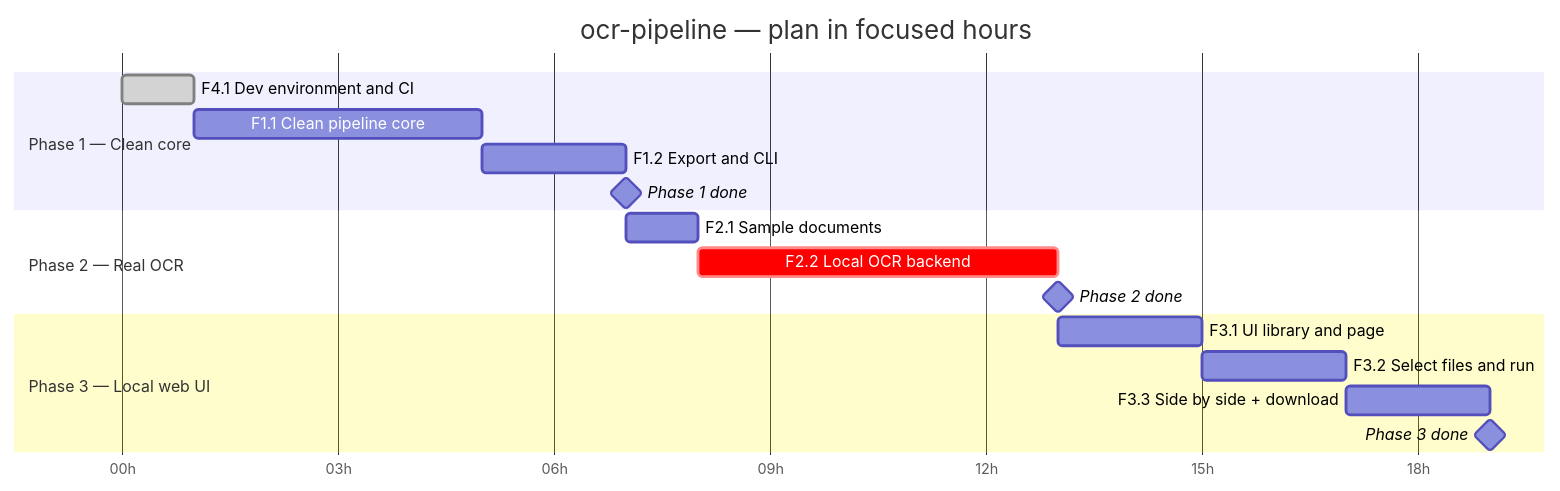
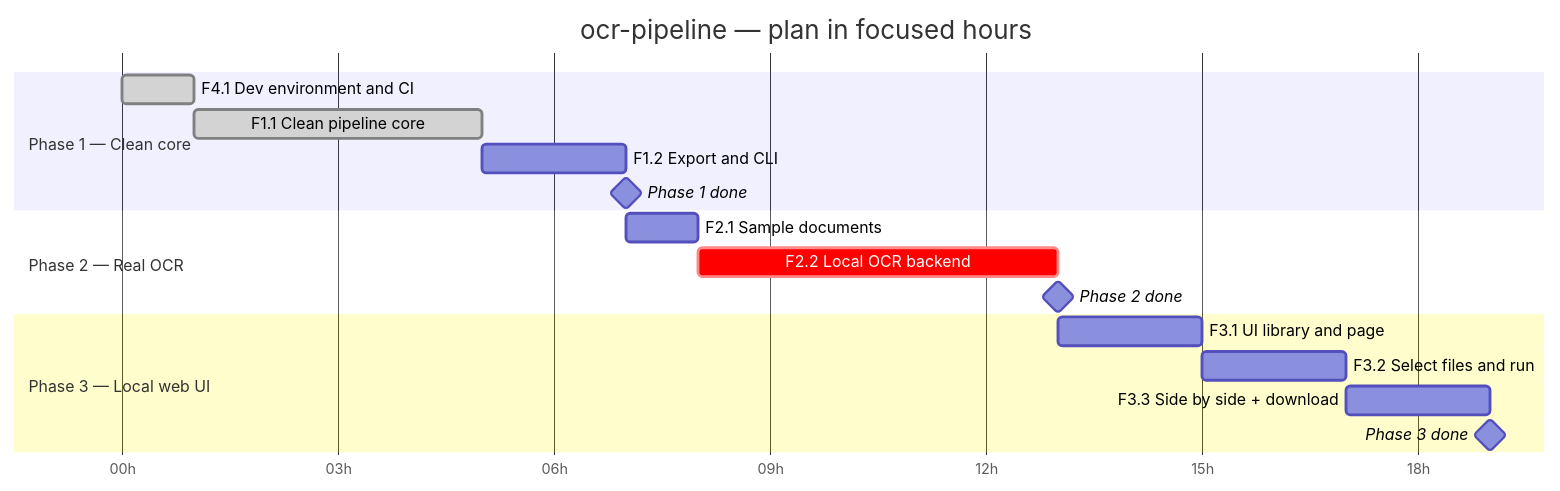
The diagram in docs/04-project-plan.md (flegaspi700/ocr-pipeline), drawn with Mermaid before and after one commit. The commit also changed other lines of this file and 7 other files, not shown here.

````diff
--- a/docs/04-project-plan.md
+++ b/docs/04-project-plan.md
@@ -143,23 +143,23 @@
 ```mermaid
 gantt
     title ocr-pipeline — plan in focused hours
     dateFormat YYYY-MM-DD HH:mm
     axisFormat %Hh
 
     section Phase 1 — Clean core
     F4.1 Dev environment and CI   :done, f41, 2026-10-10 00:00, 1h
-    F1.1 Clean pipeline core      :f11, after f41, 4h
+    F1.1 Clean pipeline core      :done, f11, after f41, 4h
     F1.2 Export and CLI           :f12, after f11, 2h
     Phase 1 done                  :milestone, m1, after f12, 0h
 
     section Phase 2 — Real OCR
     F2.1 Sample documents         :f21, after m1, 1h
     F2.2 Local OCR backend        :crit, f22, after f21, 5h
     Phase 2 done                  :milestone, m2, after f22, 0h
 
     section Phase 3 — Local web UI
     F3.1 UI library and page      :f31, after m2, 2h
     F3.2 Select files and run     :f32, after f31, 2h
     F3.3 Side by side + download  :f33, after f32, 2h
     Phase 3 done                  :milestone, m3, after f33, 0h
 ```
````
